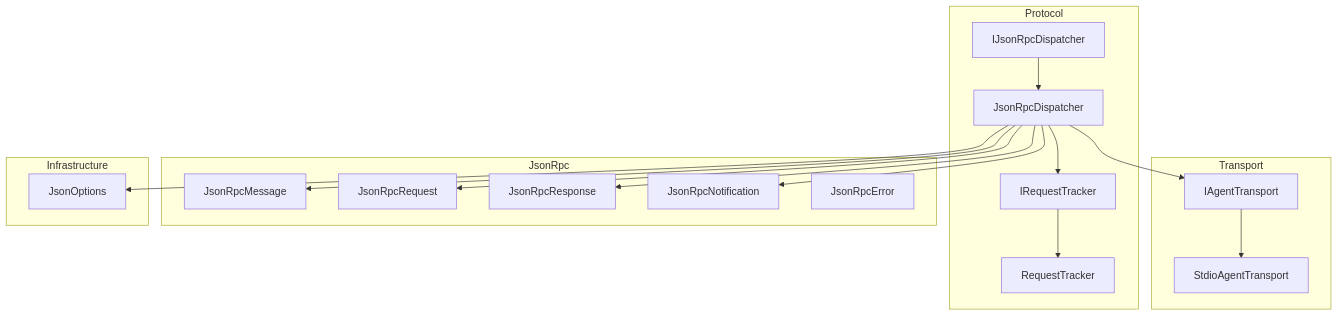
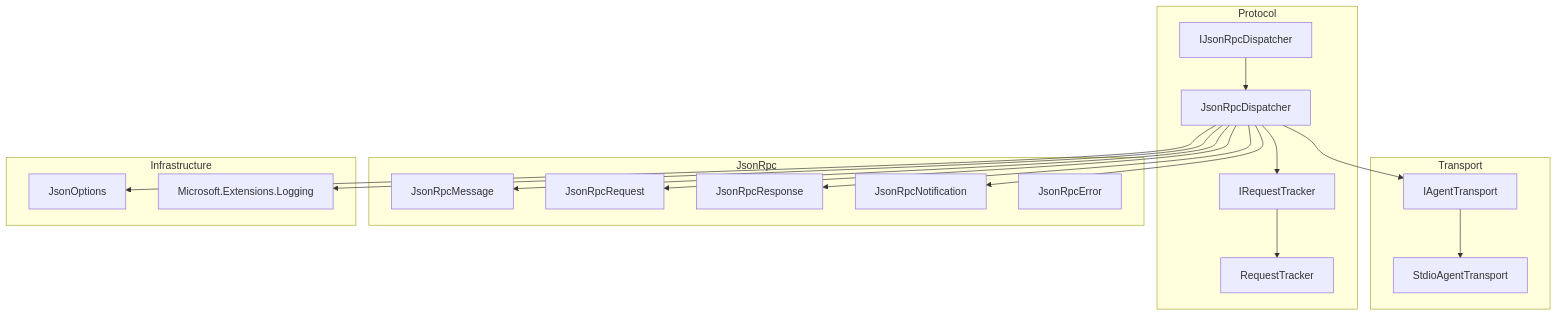
The first of 7 diagrams in .qoder/repowiki/en/content/Protocol Handling.md (AgenticDesktop/ACPLibrary), drawn with Mermaid before and after one commit. The commit also changed other lines of this file and 59 other files, not shown here.

````diff
--- a/.qoder/repowiki/en/content/Protocol Handling.md
+++ b/.qoder/repowiki/en/content/Protocol Handling.md
@@ -41,33 +49,35 @@
 ```mermaid
 graph TB
 subgraph "Transport"
 T_IF["IAgentTransport"]
 T_STDIO["StdioAgentTransport"]
 end
 subgraph "Protocol"
 P_IF["IJsonRpcDispatcher"]
 P_IMPL["JsonRpcDispatcher"]
 RT_IF["IRequestTracker"]
 RT_IMPL["RequestTracker"]
 end
 subgraph "JsonRpc"
 M_BASE["JsonRpcMessage"]
 M_REQ["JsonRpcRequest"]
 M_RES["JsonRpcResponse"]
 M_NOTIF["JsonRpcNotification"]
 M_ERR["JsonRpcError"]
 end
 subgraph "Infrastructure"
 JOPT["JsonOptions"]
+LOG["Microsoft.Extensions.Logging"]
 end
 T_IF --> T_STDIO
 P_IF --> P_IMPL
 RT_IF --> RT_IMPL
 P_IMPL --> T_IF
 P_IMPL --> RT_IF
 P_IMPL --> M_REQ
 P_IMPL --> M_RES
 P_IMPL --> M_NOTIF
 P_IMPL --> M_BASE
 P_IMPL --> JOPT
+P_IMPL --> LOG
 ```
````
